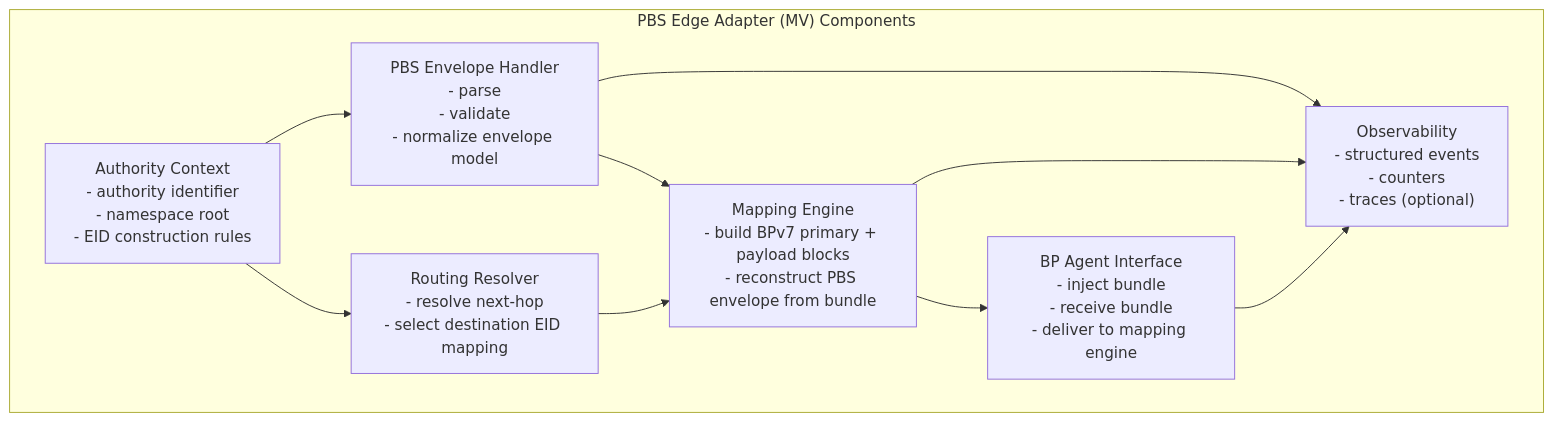
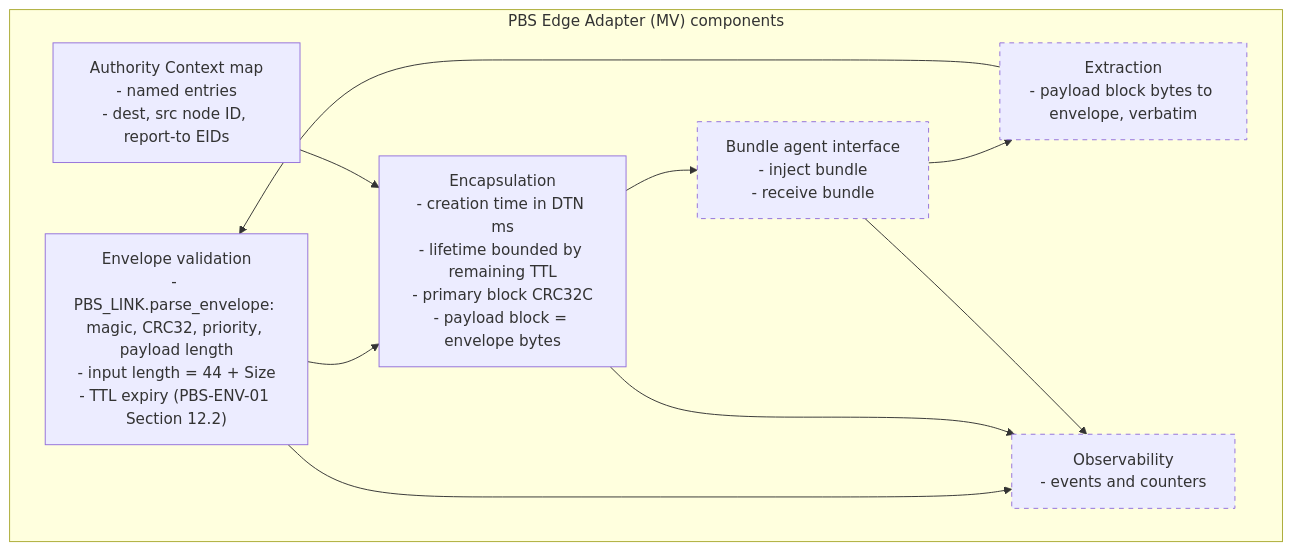
Before and after one commit to Pale-Blue-Systems/PBS-EDGE-ADAPTER-MV: the second of 6 diagrams in DOCS/PBS-EDGE-ARCHITECTURE.md, drawn with Mermaid. The commit also changed other lines of this file and 4 other files, not shown here.

````diff
--- a/DOCS/PBS-EDGE-ARCHITECTURE.md
+++ b/DOCS/PBS-EDGE-ARCHITECTURE.md
@@ -62,20 +58,23 @@
 ```mermaid
 flowchart TB
-  subgraph ADAPTER["PBS Edge Adapter (MV) Components"]
-    AC["Authority Context\n- authority identifier\n- namespace root\n- EID construction rules"]
-    ENV["PBS Envelope Handler\n- parse\n- validate\n- normalize envelope model"]
-    RT["Routing Resolver\n- resolve next-hop\n- select destination EID mapping"]
-    MAP["Mapping Engine\n- build BPv7 primary + payload blocks\n- reconstruct PBS envelope from bundle"]
-    IO["BP Agent Interface\n- inject bundle\n- receive bundle\n- deliver to mapping engine"]
-    OBS["Observability\n- structured events\n- counters\n- traces (optional)"]
+  subgraph ADAPTER["PBS Edge Adapter (MV) components"]
+    VAL["Envelope validation<br/>- PBS_LINK.parse_envelope: magic, CRC32, priority, payload length<br/>- input length = 44 + Size<br/>- TTL expiry (PBS-ENV-01 Section 12.2)"]
+    AC["Authority Context map<br/>- named entries<br/>- dest, src node ID, report-to EIDs"]
+    ENC["Encapsulation<br/>- creation time in DTN ms<br/>- lifetime bounded by remaining TTL<br/>- primary block CRC32C<br/>- payload block = envelope bytes"]
+    EXT["Extraction<br/>- payload block bytes to envelope, verbatim"]
+    IO["Bundle agent interface<br/>- inject bundle<br/>- receive bundle"]
+    OBS["Observability<br/>- events and counters"]
   end
 
-  AC --> ENV
-  AC --> RT
-  ENV --> MAP
-  RT --> MAP
-  MAP --> IO
-  ENV --> OBS
-  MAP --> OBS
+  VAL --> ENC
+  AC --> ENC
+  ENC --> IO
+  IO --> EXT
+  EXT --> VAL
+  VAL --> OBS
+  ENC --> OBS
   IO --> OBS
+
+  classDef planned stroke-dasharray: 5 5
+  class EXT,IO,OBS planned
 ```
````
